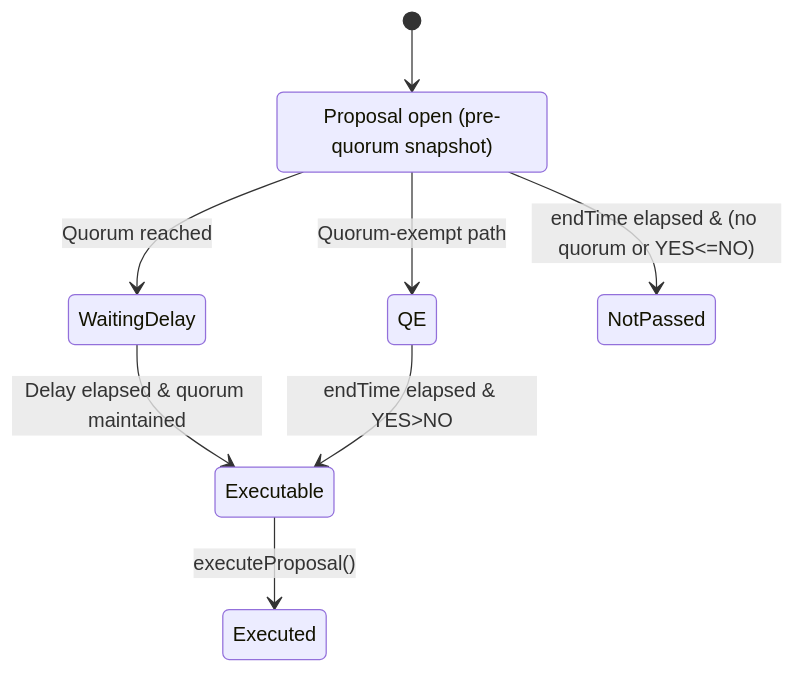
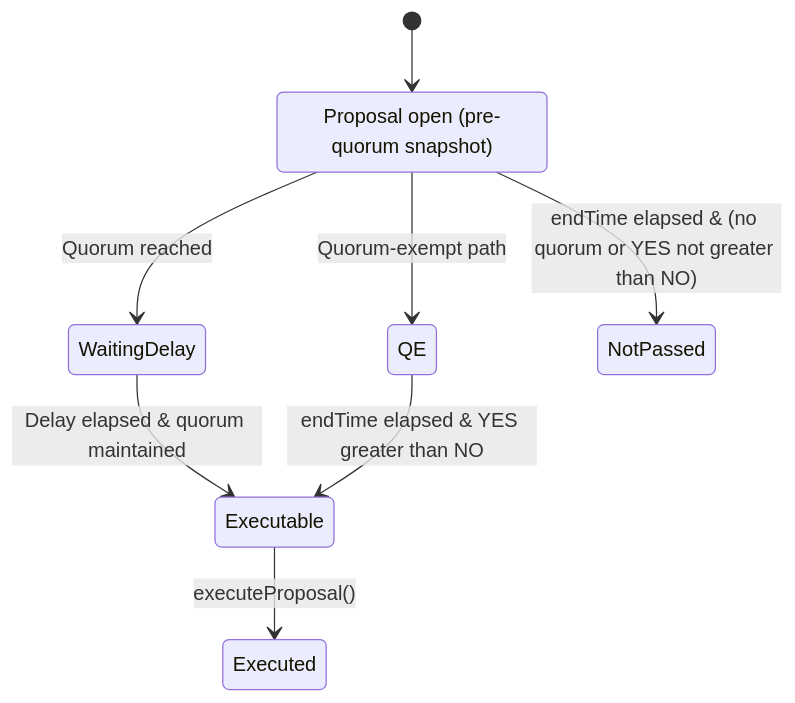
One commit to templ-fun/evm-protocol changed the sixth of 8 diagrams in README.md. Above: the diagram before and after it, drawn with Mermaid. The commit also changed other lines of this file, not shown here.

Commit message:
improve diagrams

````diff
--- a/README.md
+++ b/README.md
@@ -290,11 +301,11 @@
 ```mermaid
 stateDiagram-v2
   [*] --> Voting
   Voting: Proposal open (pre-quorum snapshot)
   Voting --> WaitingDelay: Quorum reached
   WaitingDelay --> Executable: Delay elapsed & quorum maintained
   Voting --> QE: Quorum-exempt path
-  QE --> Executable: endTime elapsed & YES>NO
-  Voting --> NotPassed: endTime elapsed & (no quorum or YES<=NO)
+  QE --> Executable: endTime elapsed & YES greater than NO
+  Voting --> NotPassed: endTime elapsed & (no quorum or YES not greater than NO)
   Executable --> Executed: executeProposal()
 ```
````
